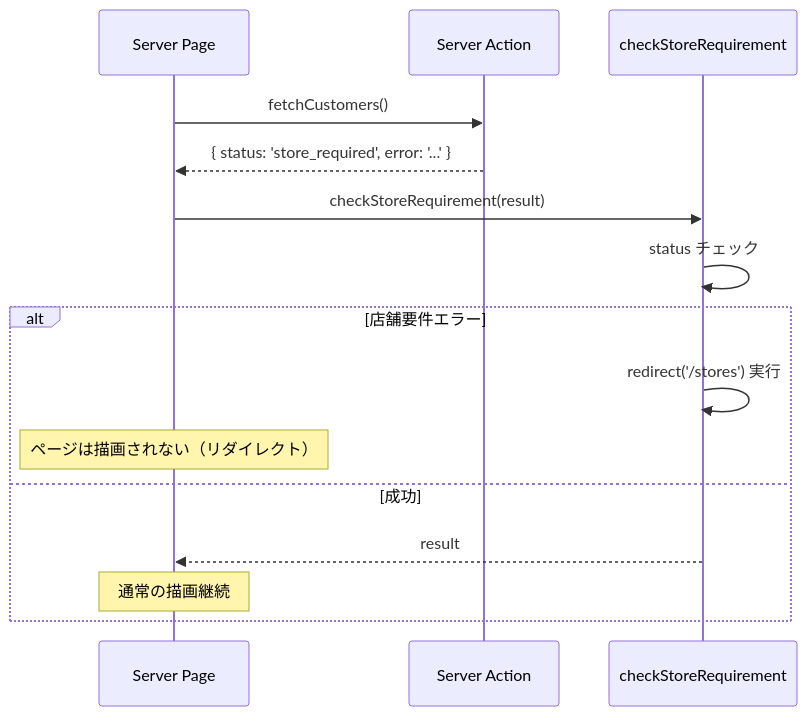
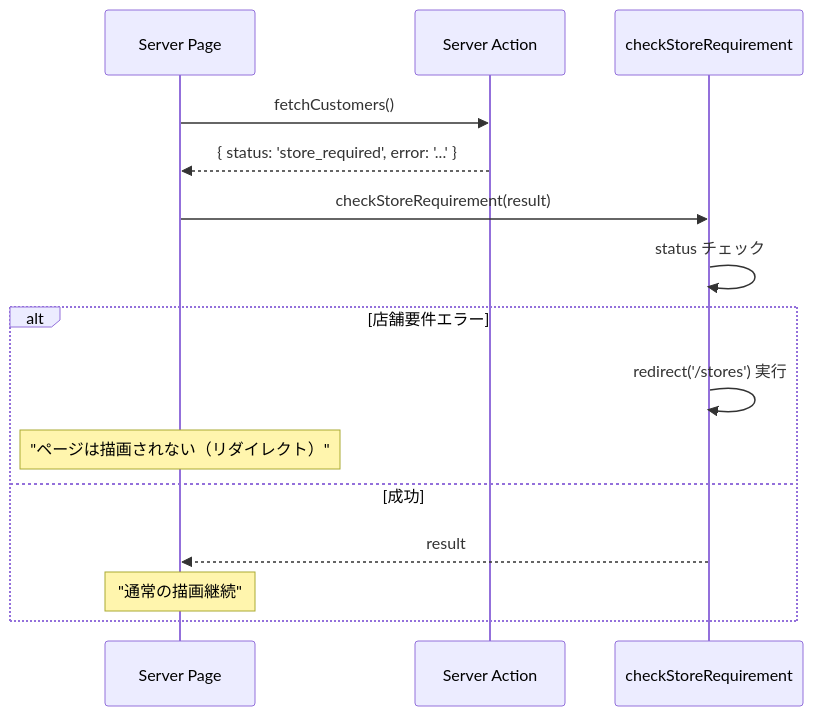
One commit to wasabi49/ocs-systemDevelopmentExercises changed the fourth of 6 diagrams in document/utils/sequence/storeRedirect.md. Above: the diagram before and after it, drawn with Mermaid. The commit also changed other lines of this file and 42 other files, not shown here.

First line of the commit message:
fix: mermaidシーケンス図のNote over文でダブルクォーテーション不足を修正

````diff
--- a/document/utils/sequence/storeRedirect.md
+++ b/document/utils/sequence/storeRedirect.md
@@ -67,20 +67,20 @@
 ```mermaid
 sequenceDiagram
     participant Page as Server Page
     participant Action as Server Action
     participant Utils as checkStoreRequirement
 
     Page->>Action: fetchCustomers()
     Action-->>Page: { status: 'store_required', error: '...' }
     
     Page->>Utils: checkStoreRequirement(result)
     Utils->>Utils: status チェック
     
     alt 店舗要件エラー
         Utils->>Utils: redirect('/stores') 実行
-        Note over Page: ページは描画されない（リダイレクト）
+        Note over Page: "ページは描画されない（リダイレクト）"
     else 成功
         Utils-->>Page: result
-        Note over Page: 通常の描画継続
+        Note over Page: "通常の描画継続"
     end
 ```
````
